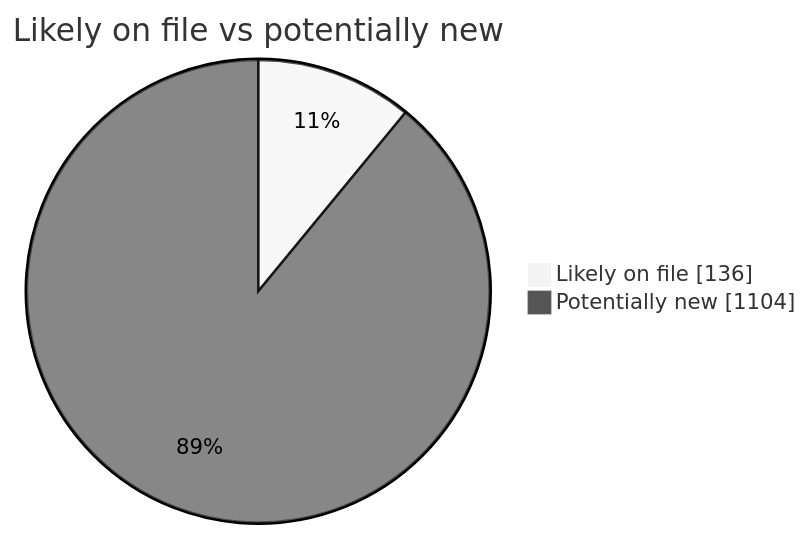
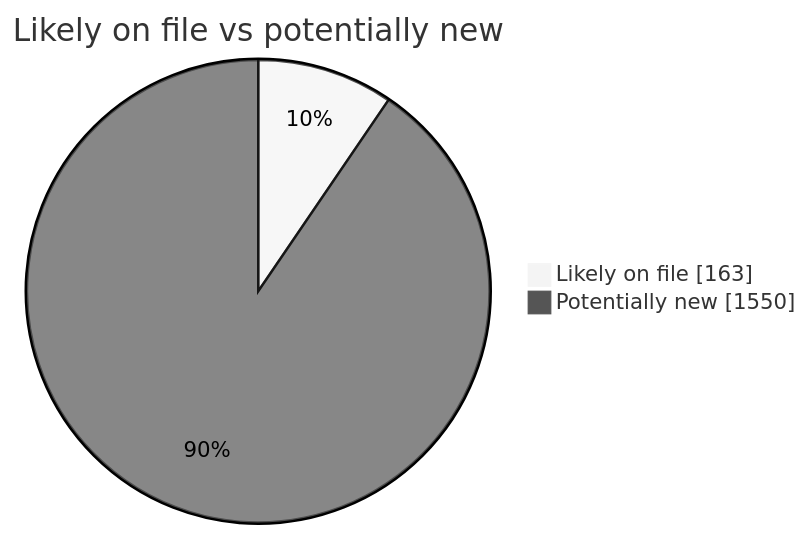
Before and after one commit to martinbalfanz/social-scanner-reports: the second of 4 diagrams in README.md, drawn with Mermaid (neutral theme). The commit also changed other lines of this file and 4 other files, not shown here.

````diff
--- a/README.md
+++ b/README.md
@@ -40,5 +40,5 @@
 ```mermaid
 pie showData title Likely on file vs potentially new
-    "Likely on file" : 136
-    "Potentially new" : 1104
+    "Likely on file" : 163
+    "Potentially new" : 1550
 ```
````
